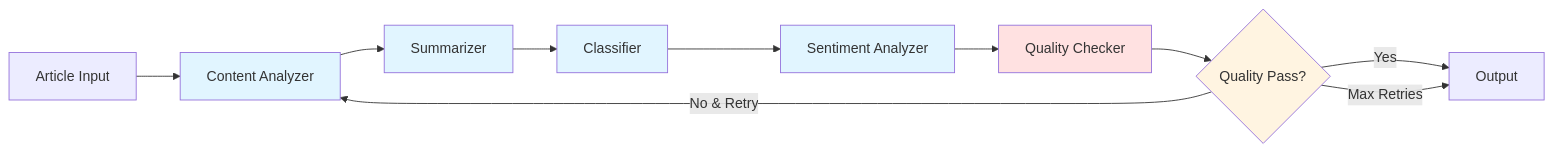
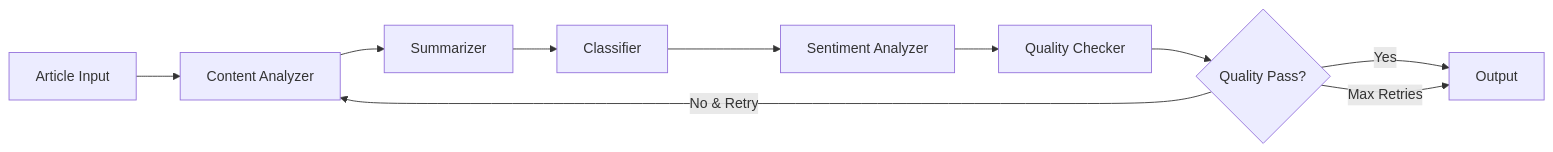
The third of 3 diagrams in README.md (hoangsonww/AI-Gov-Content-Curator), drawn with Mermaid before and after one commit.

Commit message:
Remove node style definitions from README
Removed style definitions for nodes B, C, D, E, F, and G.

````diff
--- a/README.md
+++ b/README.md
@@ -823,19 +823,12 @@
 ```mermaid
 graph LR
     A[Article Input] --> B[Content Analyzer]
     B --> C[Summarizer]
     C --> D[Classifier]
     D --> E[Sentiment Analyzer]
     E --> F[Quality Checker]
     F --> G{Quality Pass?}
     G -->|Yes| H[Output]
     G -->|No & Retry| B
     G -->|Max Retries| H
-
-    style B fill:#e1f5ff
-    style C fill:#e1f5ff
-    style D fill:#e1f5ff
-    style E fill:#e1f5ff
-    style F fill:#ffe1e1
-    style G fill:#fff4e1
 ```
````
